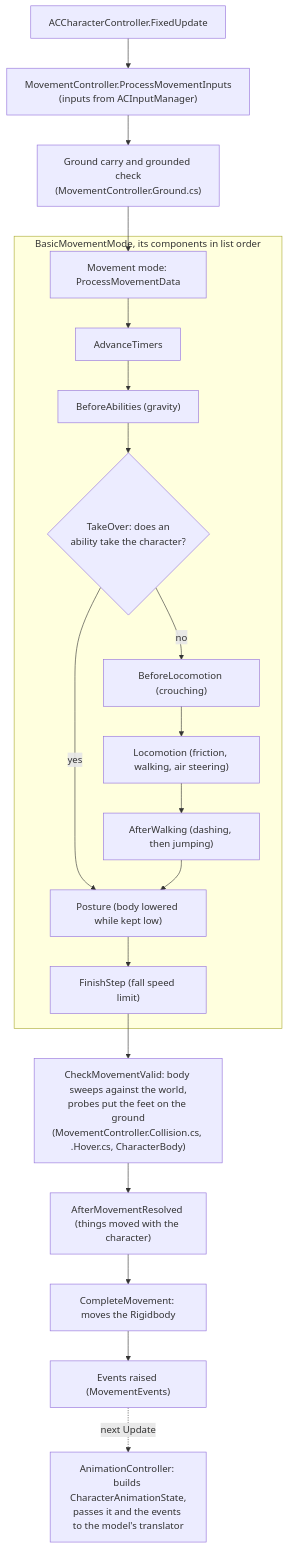
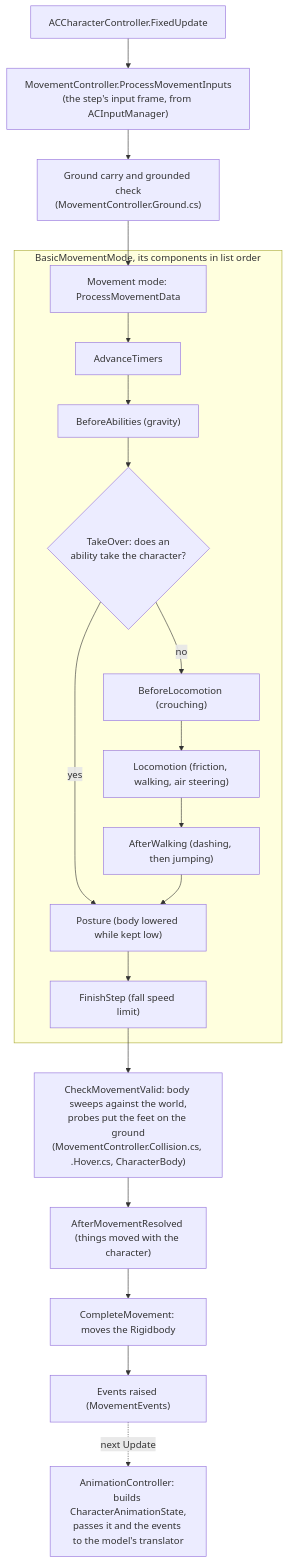
One commit to HOMMUSVAMPIRE/Character-Showcase changed the first of 2 diagrams in docs/architecture.md. Above: the diagram before and after it, drawn with Mermaid. The commit also changed 67 other files, not shown here.

````diff
--- a/docs/architecture.md
+++ b/docs/architecture.md
@@ -15,22 +15,22 @@
 ```mermaid
 flowchart TD
-    A["ACCharacterController.FixedUpdate"] --> B["MovementController.ProcessMovementInputs<br/>(inputs from ACInputManager)"]
+    A["ACCharacterController.FixedUpdate"] --> B["MovementController.ProcessMovementInputs<br/>(the step's input frame, from ACInputManager)"]
     B --> C["Ground carry and grounded check<br/>(MovementController.Ground.cs)"]
     C --> D["Movement mode: ProcessMovementData"]
     subgraph Mode["BasicMovementMode, its components in list order"]
         D --> D1["AdvanceTimers"]
         D1 --> D2["BeforeAbilities (gravity)"]
         D2 --> D3{"TakeOver: does an<br/>ability take the character?"}
         D3 -- no --> D4["BeforeLocomotion (crouching)"]
         D4 --> D5["Locomotion (friction, walking, air steering)"]
         D5 --> D6["AfterWalking (dashing, then jumping)"]
         D3 -- yes --> D7
         D6 --> D7["Posture (body lowered while kept low)"]
         D7 --> D8["FinishStep (fall speed limit)"]
     end
     D8 --> E["CheckMovementValid: body sweeps against the world,<br/>probes put the feet on the ground<br/>(MovementController.Collision.cs, .Hover.cs, CharacterBody)"]
     E --> F["AfterMovementResolved (things moved with the character)"]
     F --> G["CompleteMovement: moves the Rigidbody"]
     G --> H["Events raised (MovementEvents)"]
     H -. "next Update" .-> I["AnimationController: builds CharacterAnimationState,<br/>passes it and the events to the model's translator"]
 ```
````
